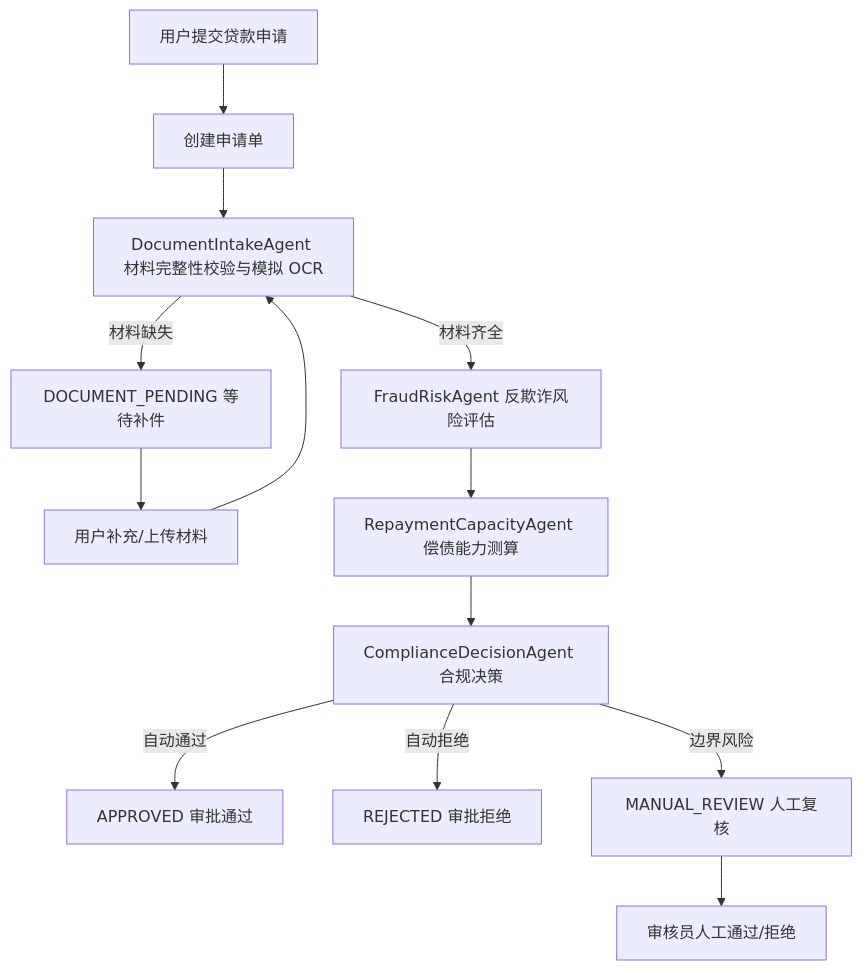
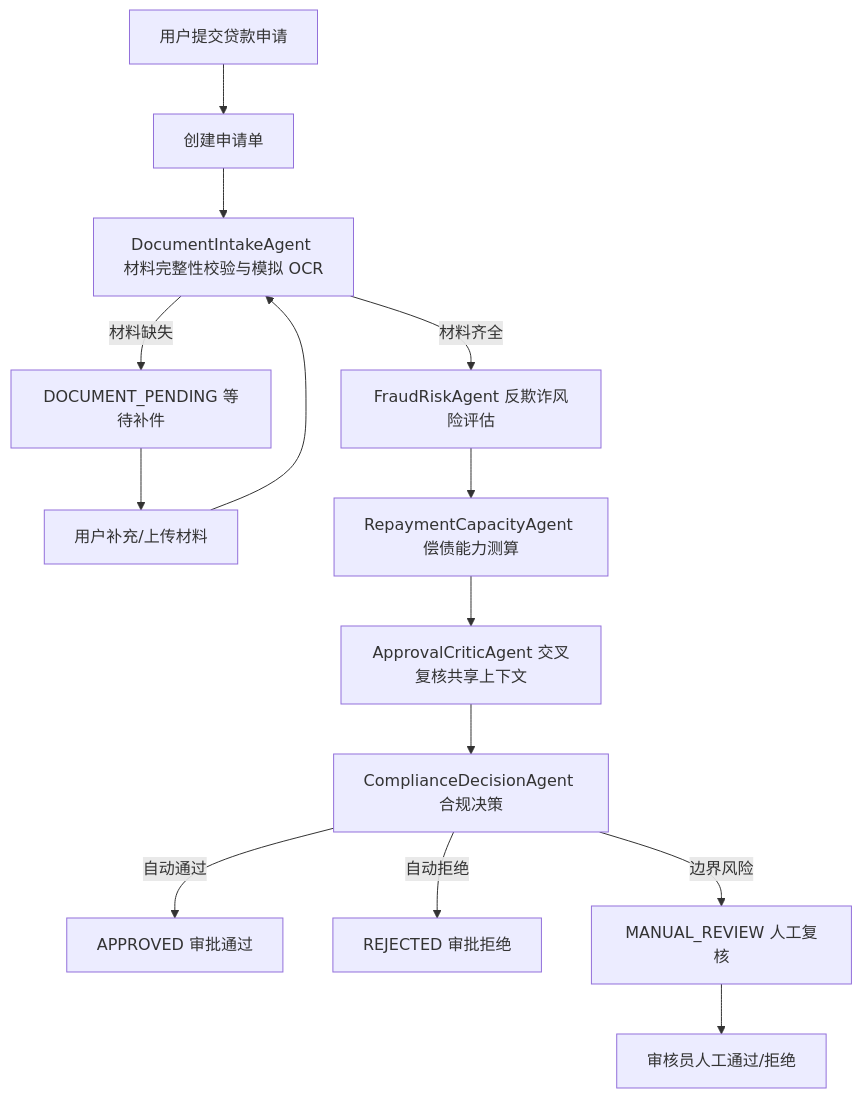
One commit to yeshierbu/FinancialCrisis changed the diagram in README.md. Above: the diagram before and after it, drawn with Mermaid. The commit also changed other lines of this file and 27 other files, not shown here.

````diff
--- a/README.md
+++ b/README.md
@@ -31,15 +33,16 @@
 ```mermaid
 flowchart TD
     A[用户提交贷款申请] --> B[创建申请单]
     B --> C[DocumentIntakeAgent 材料完整性校验与模拟 OCR]
     C -->|材料缺失| D[DOCUMENT_PENDING 等待补件]
     D --> E[用户补充/上传材料]
     E --> C
     C -->|材料齐全| F[FraudRiskAgent 反欺诈风险评估]
     F --> G[RepaymentCapacityAgent 偿债能力测算]
-    G --> H[ComplianceDecisionAgent 合规决策]
-    H -->|自动通过| I[APPROVED 审批通过]
-    H -->|自动拒绝| J[REJECTED 审批拒绝]
-    H -->|边界风险| K[MANUAL_REVIEW 人工复核]
-    K --> L[审核员人工通过/拒绝]
+    G --> H[ApprovalCriticAgent 交叉复核共享上下文]
+    H --> I[ComplianceDecisionAgent 合规决策]
+    I -->|自动通过| J[APPROVED 审批通过]
+    I -->|自动拒绝| K[REJECTED 审批拒绝]
+    I -->|边界风险| L[MANUAL_REVIEW 人工复核]
+    L --> M[审核员人工通过/拒绝]
 ```
````
